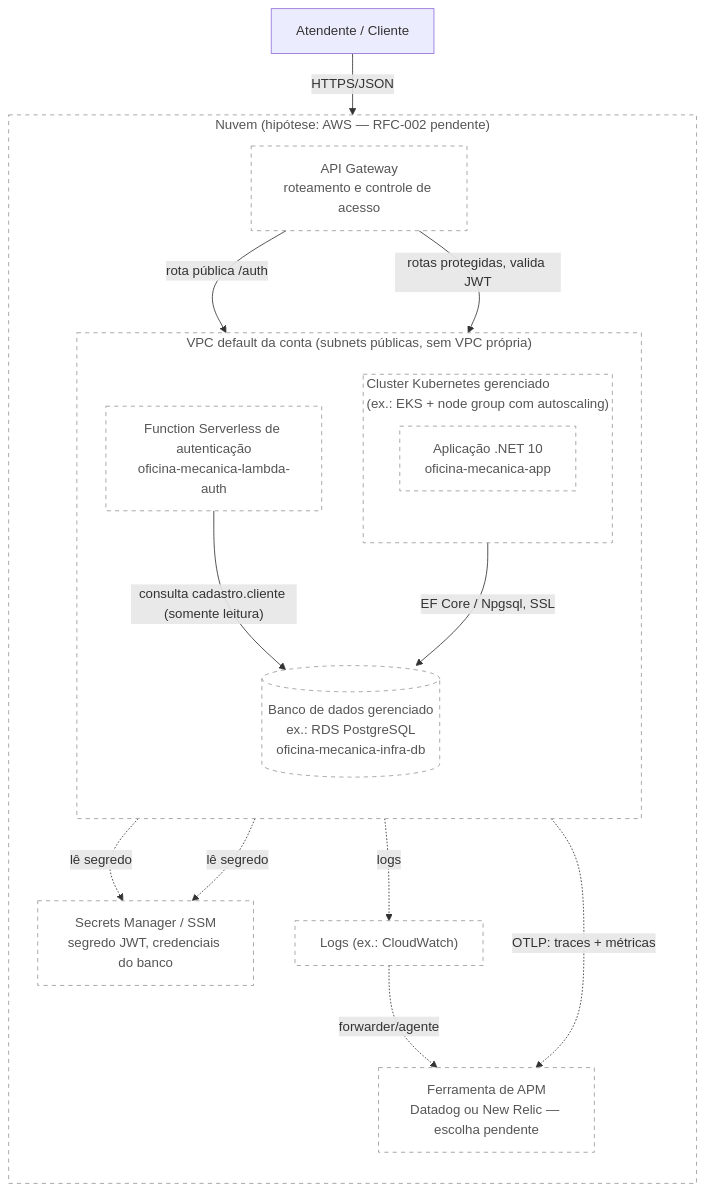
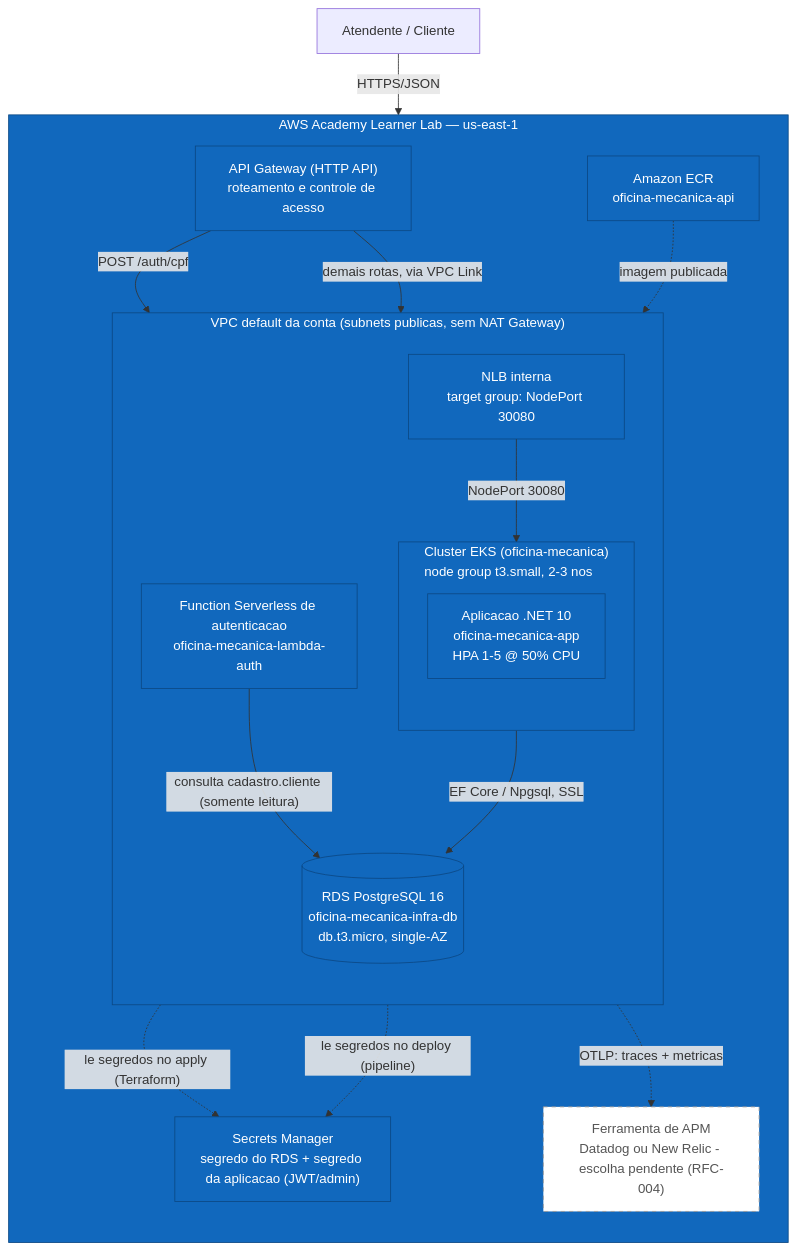
Before and after one commit to gabrielMauad/oficina-mecanica-app: the second of 2 diagrams in docs/arquitetura/diagramas/infraestrutura.md, drawn with Mermaid. The commit also changed other lines of this file and 20 other files, not shown here.

First line of the commit message:
feat: migra manifestos e pipeline para deploy na AWS (EKS + ECR + API Gateway)

````diff
--- a/docs/arquitetura/diagramas/infraestrutura.md
+++ b/docs/arquitetura/diagramas/infraestrutura.md
@@ -112,40 +52,43 @@
 ```mermaid
 flowchart TB
     ator["Atendente / Cliente"]
 
-    subgraph aws["Nuvem (hipótese: AWS — RFC-002 pendente)"]
+    subgraph aws["AWS Academy Learner Lab — us-east-1"]
         direction TB
-        gw["API Gateway<br/>roteamento e controle de acesso"]
+        gw["API Gateway (HTTP API)<br/>roteamento e controle de acesso"]
 
-        subgraph vpc["VPC default da conta (subnets públicas, sem VPC própria)"]
+        subgraph vpc["VPC default da conta (subnets publicas, sem NAT Gateway)"]
             direction TB
-            authFn["Function Serverless de autenticação<br/>oficina-mecanica-lambda-auth"]
+            authFn["Function Serverless de autenticacao<br/>oficina-mecanica-lambda-auth"]
 
-            subgraph eks["Cluster Kubernetes gerenciado<br/>(ex.: EKS + node group com autoscaling)"]
+            subgraph eks["Cluster EKS (oficina-mecanica)<br/>node group t3.small, 2-3 nos"]
                 direction TB
-                api["Aplicação .NET 10<br/>oficina-mecanica-app"]
+                api["Aplicacao .NET 10<br/>oficina-mecanica-app<br/>HPA 1-5 @ 50% CPU"]
             end
 
-            rds[("Banco de dados gerenciado<br/>ex.: RDS PostgreSQL<br/>oficina-mecanica-infra-db")]
+            nlb["NLB interna<br/>target group: NodePort 30080"]
+            rds[("RDS PostgreSQL 16<br/>oficina-mecanica-infra-db<br/>db.t3.micro, single-AZ")]
         end
 
-        secrets["Secrets Manager / SSM<br/>segredo JWT, credenciais do banco"]
-        apm["Ferramenta de APM<br/>Datadog ou New Relic — escolha pendente"]
-        cw["Logs (ex.: CloudWatch)"]
+        secrets["Secrets Manager<br/>segredo do RDS + segredo da aplicacao (JWT/admin)"]
+        ecr["Amazon ECR<br/>oficina-mecanica-api"]
+        apm["Ferramenta de APM<br/>Datadog ou New Relic - escolha pendente (RFC-004)"]
     end
 
     ator -->|"HTTPS/JSON"| gw
-    gw -->|"rota pública /auth"| authFn
-    gw -->|"rotas protegidas, valida JWT"| api
+    gw -->|"POST /auth/cpf"| authFn
+    gw -->|"demais rotas, via VPC Link"| nlb
+    nlb -->|"NodePort 30080"| api
     authFn -->|"consulta cadastro.cliente (somente leitura)"| rds
     api -->|"EF Core / Npgsql, SSL"| rds
-    authFn -.->|"lê segredo"| secrets
-    api -.->|"lê segredo"| secrets
-    api -.->|"OTLP: traces + métricas"| apm
-    authFn -.->|"logs"| cw
-    cw -.->|"forwarder/agente"| apm
+    authFn -.->|"le segredos no apply (Terraform)"| secrets
+    api -.->|"le segredos no deploy (pipeline)"| secrets
+    ecr -.->|"imagem publicada"| api
+    api -.->|"OTLP: traces + metricas"| apm
 
-    classDef alvo fill:#ffffff,stroke:#999999,color:#555555,stroke-dasharray: 5 5
+    classDef existente fill:#1168bd,stroke:#0b4884,color:#fff
     class ator fill:#08427b,stroke:#052e56,color:#fff
-    class gw,vpc,eks,api,rds,secrets,apm,cw,authFn,aws alvo
+    class gw,vpc,eks,api,rds,secrets,ecr,authFn,nlb,aws existente
+    classDef pendente fill:#ffffff,stroke:#999999,color:#555555,stroke-dasharray: 5 5
+    class apm pendente
 ```
````
